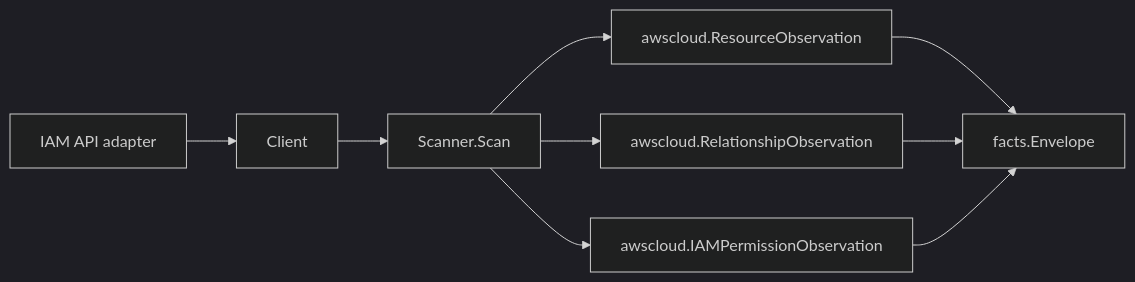
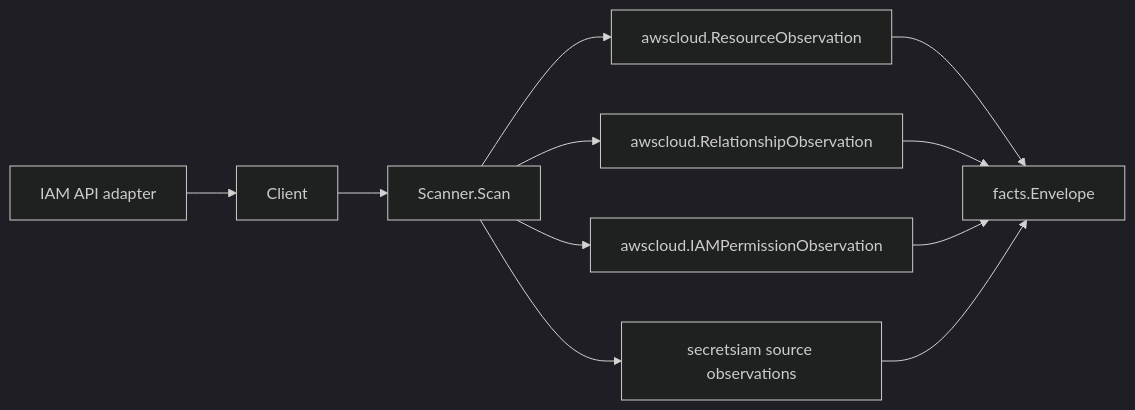
Before and after one commit to eshu-hq/eshu: the diagram in go/internal/collector/awscloud/services/iam/README.md, drawn with Mermaid (dark theme). The commit also changed other lines of this file and 27 other files, not shown here.

````diff
--- a/go/internal/collector/awscloud/services/iam/README.md
+++ b/go/internal/collector/awscloud/services/iam/README.md
@@ -17,11 +18,13 @@
 ```mermaid
 flowchart LR
   A["IAM API adapter"] --> B["Client"]
   B --> C["Scanner.Scan"]
   C --> D["awscloud.ResourceObservation"]
   C --> E["awscloud.RelationshipObservation"]
   C --> G["awscloud.IAMPermissionObservation"]
+  C --> H["secretsiam source observations"]
   D --> F["facts.Envelope"]
   E --> F
   G --> F
+  H --> F
 ```
````
